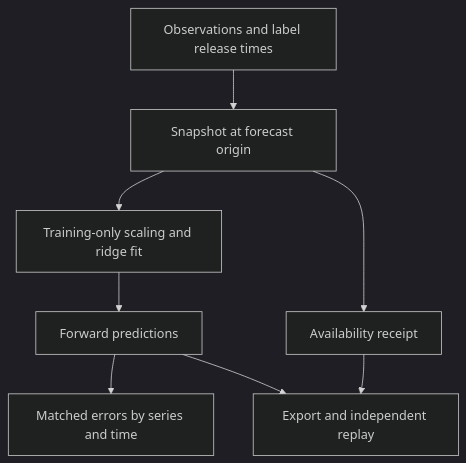
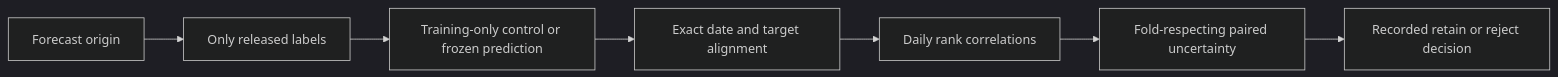
Before and after one commit to alvaromendizabal/commodity-prediction: the diagram in README.md, drawn with Mermaid (dark theme). The commit also changed other lines of this file and 304 other files, not shown here.

````diff
--- a/README.md
+++ b/README.md
@@ -23,10 +27,9 @@
 ```mermaid
-flowchart TD
-  A["Observations and label release times"] --> B["Snapshot at forecast origin"]
-  B --> C["Training-only scaling and ridge fit"]
-  C --> D["Forward predictions"]
-  D --> E["Matched errors by series and time"]
-  B --> F["Availability receipt"]
-  D --> G["Export and independent replay"]
-  F --> G
+flowchart LR
+ A[Forecast origin] --> B[Only released labels]
+ B --> C[Training-only control or frozen prediction]
+ C --> D[Exact date and target alignment]
+ D --> E[Daily rank correlations]
+ E --> F[Fold-respecting paired uncertainty]
+ F --> G[Recorded retain or reject decision]
 ```
````
